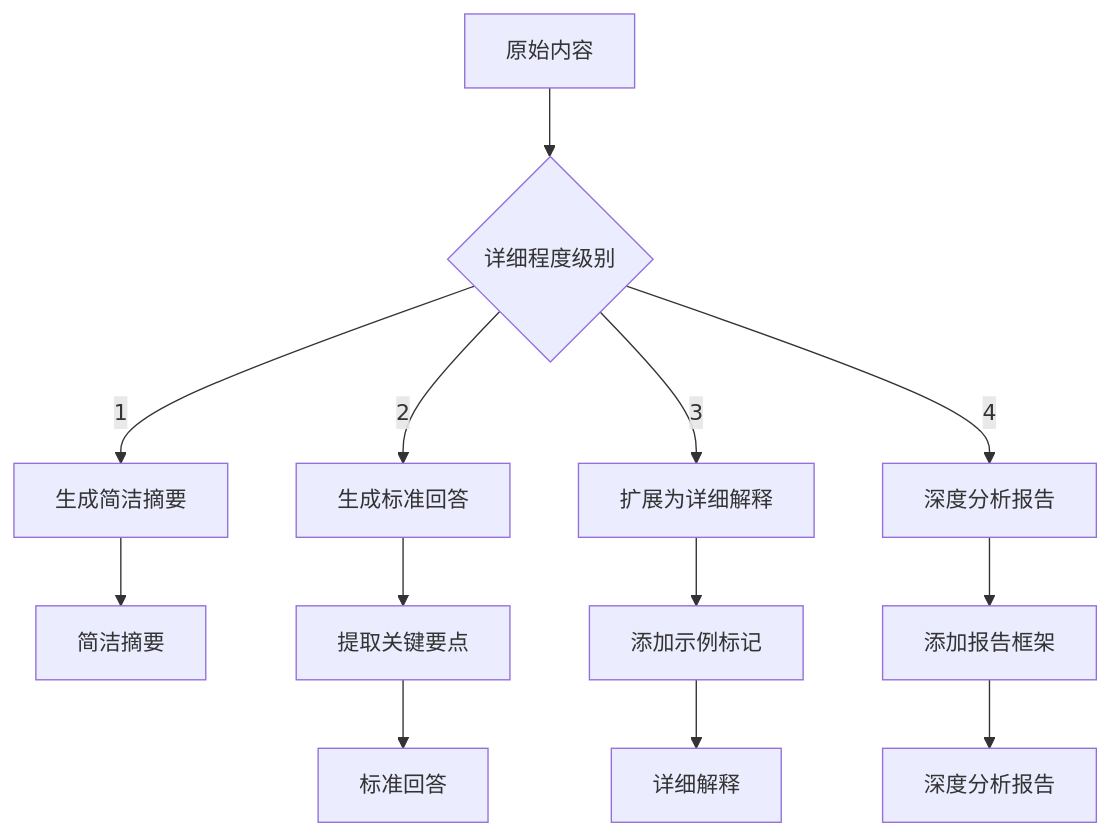
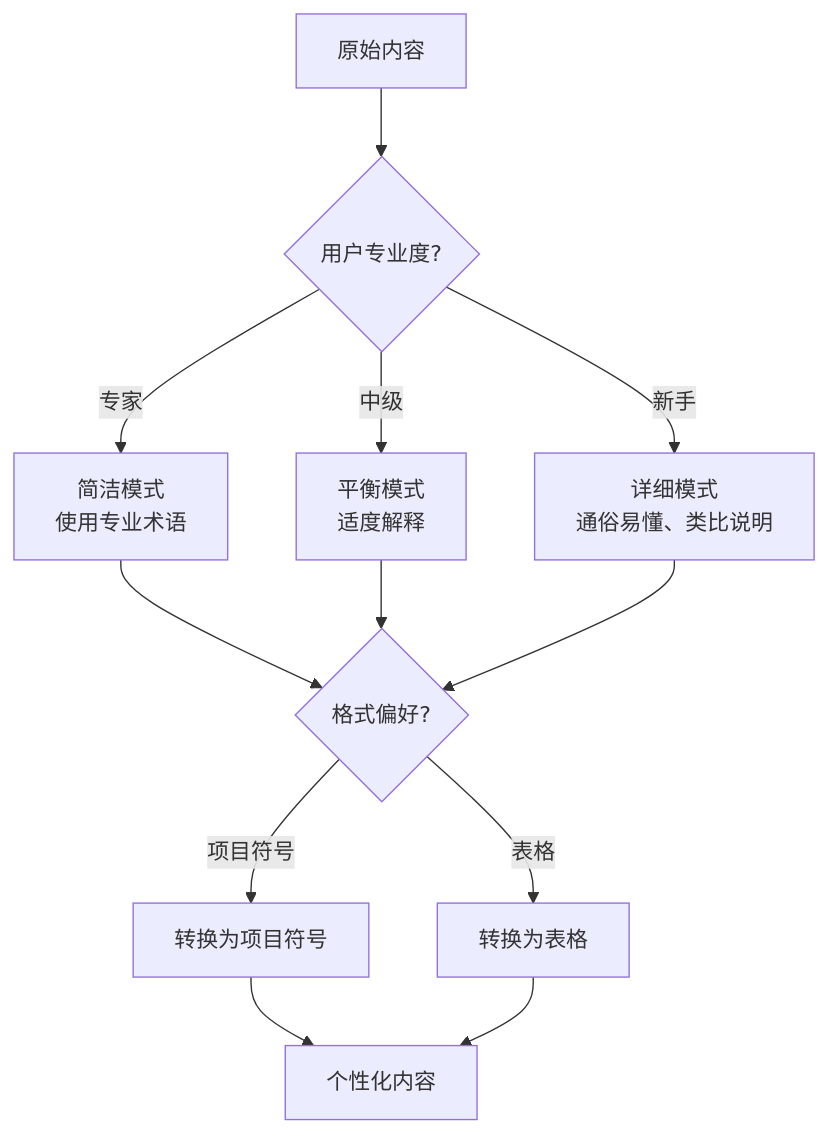
Before and after one commit to JieGaoPrinceton/NecoRAG: the sixth of 11 diagrams in .qoder/repowiki/zh/content/交互层模块/交互层模块.md, drawn with Mermaid. The commit also changed other lines of this file and 82 other files, not shown here.

````diff
--- a/.qoder/repowiki/zh/content/交互层模块/交互层模块.md
+++ b/.qoder/repowiki/zh/content/交互层模块/交互层模块.md
@@ -329,15 +304,14 @@
 ```mermaid
 flowchart TD
-Content[原始内容] --> CheckLevel{"详细程度级别"}
-CheckLevel --> |1| Summarize["生成简洁摘要"]
-CheckLevel --> |2| Standardize["生成标准回答"]
-CheckLevel --> |3| Expand["扩展为详细解释"]
-CheckLevel --> |4| DeepAnalyze["深度分析报告"]
-Summarize --> Output1[简洁摘要]
-Standardize --> ExtractPoints["提取关键要点"]
-ExtractPoints --> Output2[标准回答]
-Expand --> AddExamples["添加示例标记"]
-AddExamples --> Output3[详细解释]
-DeepAnalyze --> AddStructure["添加报告框架"]
-AddStructure --> Output4[深度分析报告]
+Content[原始内容] --> CheckExpertise{"用户专业度?"}
+CheckExpertise --> |专家| ExpertMode["简洁模式<br/>使用专业术语"]
+CheckExpertise --> |中级| IntermediateMode["平衡模式<br/>适度解释"]
+CheckExpertise --> |新手| NoviceMode["详细模式<br/>通俗易懂、类比说明"]
+ExpertMode --> CheckFormat{"格式偏好?"}
+IntermediateMode --> CheckFormat
+NoviceMode --> CheckFormat
+CheckFormat --> |项目符号| BulletPoints["转换为项目符号"]
+CheckFormat --> |表格| TableFormat["转换为表格"]
+BulletPoints --> FinalContent[个性化内容]
+TableFormat --> FinalContent
 ```
````
